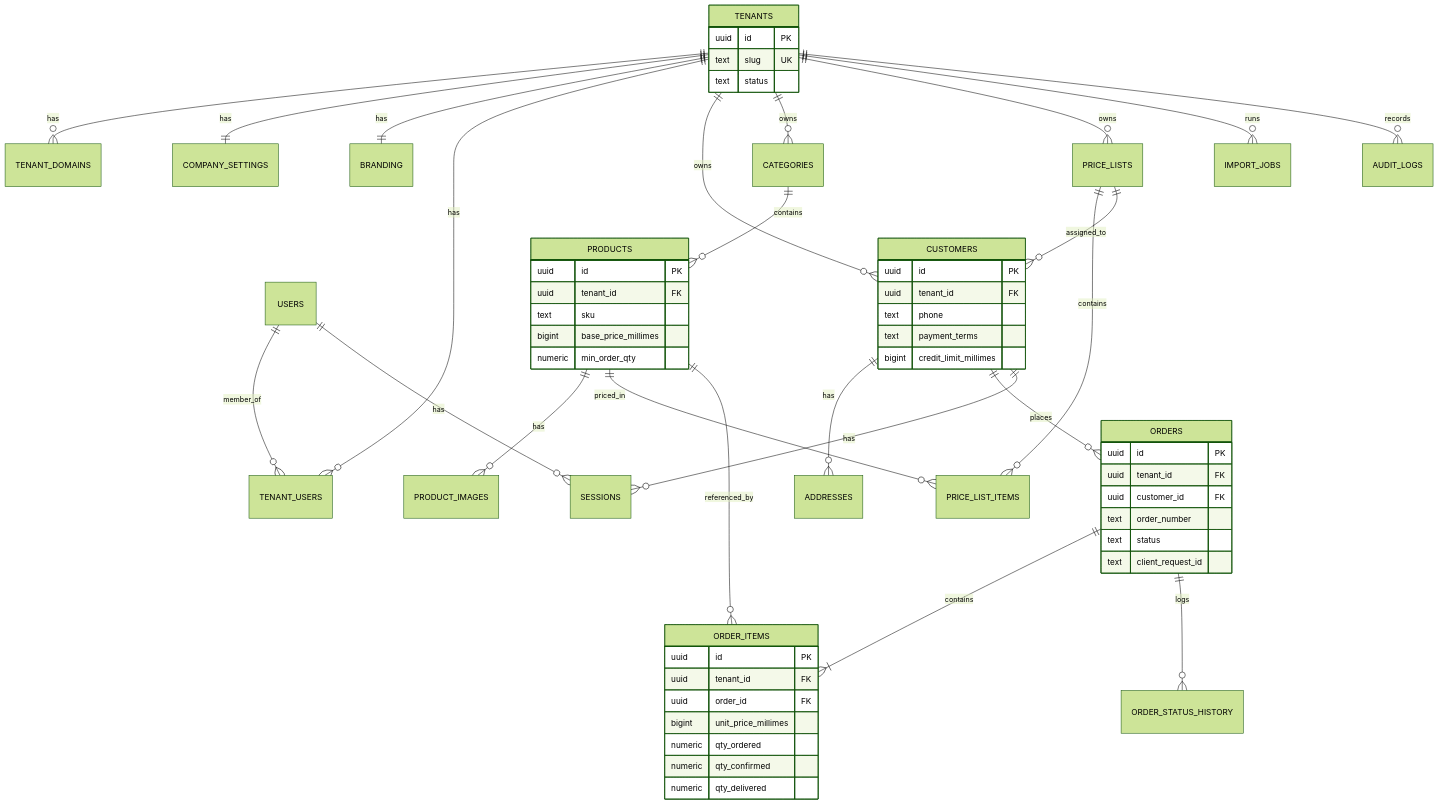
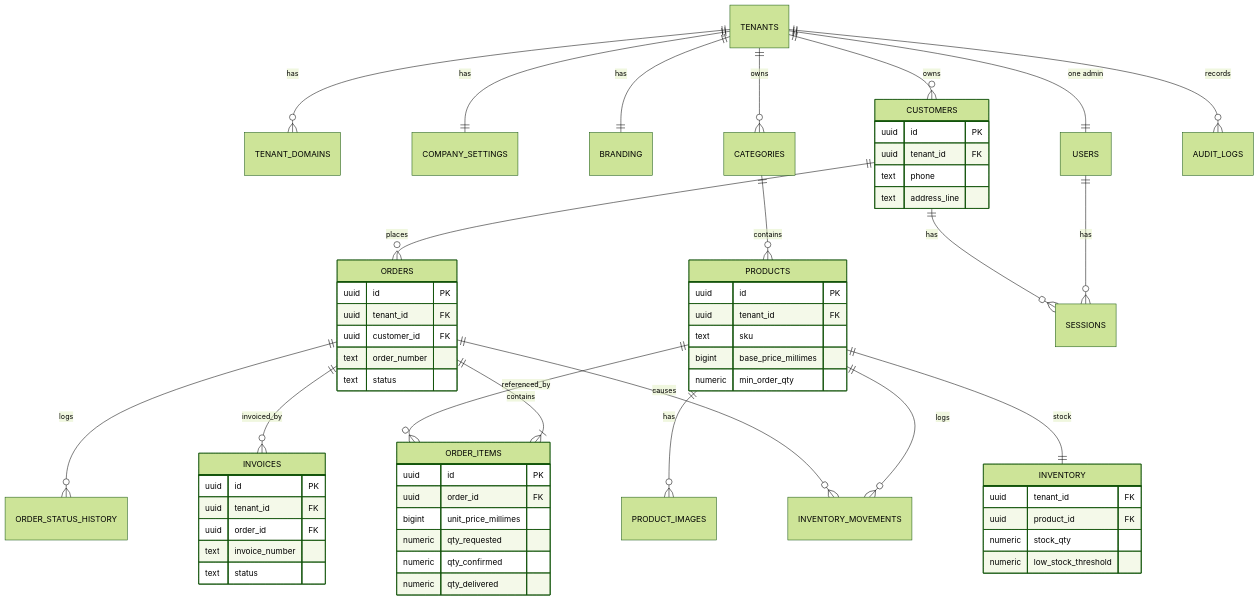
Before and after one commit to bechir-jalleli/Jomla-Go: the fifth of 5 diagrams in docs/TECHNICAL_BLUEPRINT.md, drawn with Mermaid (forest theme). The commit also changed other lines of this file and 36 other files, not shown here.

````diff
--- a/docs/TECHNICAL_BLUEPRINT.md
+++ b/docs/TECHNICAL_BLUEPRINT.md
@@ -463,62 +397,64 @@
 ```mermaid
 erDiagram
   TENANTS ||--o{ TENANT_DOMAINS : has
   TENANTS ||--|| COMPANY_SETTINGS : has
   TENANTS ||--|| BRANDING : has
-  TENANTS ||--o{ TENANT_USERS : has
-  USERS ||--o{ TENANT_USERS : member_of
+  TENANTS ||--|| USERS : "one admin"
   TENANTS ||--o{ CUSTOMERS : owns
-  CUSTOMERS ||--o{ ADDRESSES : has
   TENANTS ||--o{ CATEGORIES : owns
   CATEGORIES ||--o{ PRODUCTS : contains
   PRODUCTS ||--o{ PRODUCT_IMAGES : has
-  TENANTS ||--o{ PRICE_LISTS : owns
-  PRICE_LISTS ||--o{ PRICE_LIST_ITEMS : contains
-  PRODUCTS ||--o{ PRICE_LIST_ITEMS : priced_in
-  PRICE_LISTS ||--o{ CUSTOMERS : assigned_to
+  PRODUCTS ||--|| INVENTORY : stock
+  PRODUCTS ||--o{ INVENTORY_MOVEMENTS : logs
   CUSTOMERS ||--o{ ORDERS : places
   ORDERS ||--|{ ORDER_ITEMS : contains
   PRODUCTS ||--o{ ORDER_ITEMS : referenced_by
   ORDERS ||--o{ ORDER_STATUS_HISTORY : logs
-  TENANTS ||--o{ IMPORT_JOBS : runs
+  ORDERS ||--o{ INVENTORY_MOVEMENTS : causes
+  ORDERS ||--o{ INVOICES : invoiced_by
   TENANTS ||--o{ AUDIT_LOGS : records
   USERS ||--o{ SESSIONS : has
   CUSTOMERS ||--o{ SESSIONS : has
 
-  TENANTS {
-    uuid id PK
-    text slug UK
-    text status
-  }
   CUSTOMERS {
     uuid id PK
     uuid tenant_id FK
     text phone
-    text payment_terms
-    bigint credit_limit_millimes
+    text address_line
   }
   PRODUCTS {
     uuid id PK
     uuid tenant_id FK
     text sku
     bigint base_price_millimes
     numeric min_order_qty
   }
+  INVENTORY {
+    uuid tenant_id FK
+    uuid product_id FK
+    numeric stock_qty
+    numeric low_stock_threshold
+  }
   ORDERS {
     uuid id PK
     uuid tenant_id FK
     uuid customer_id FK
     text order_number
     text status
-    text client_request_id
   }
   ORDER_ITEMS {
     uuid id PK
-    uuid tenant_id FK
     uuid order_id FK
     bigint unit_price_millimes
-    numeric qty_ordered
+    numeric qty_requested
     numeric qty_confirmed
     numeric qty_delivered
   }
+  INVOICES {
+    uuid id PK
+    uuid tenant_id FK
+    uuid order_id FK
+    text invoice_number
+    text status
+  }
 ```
````
